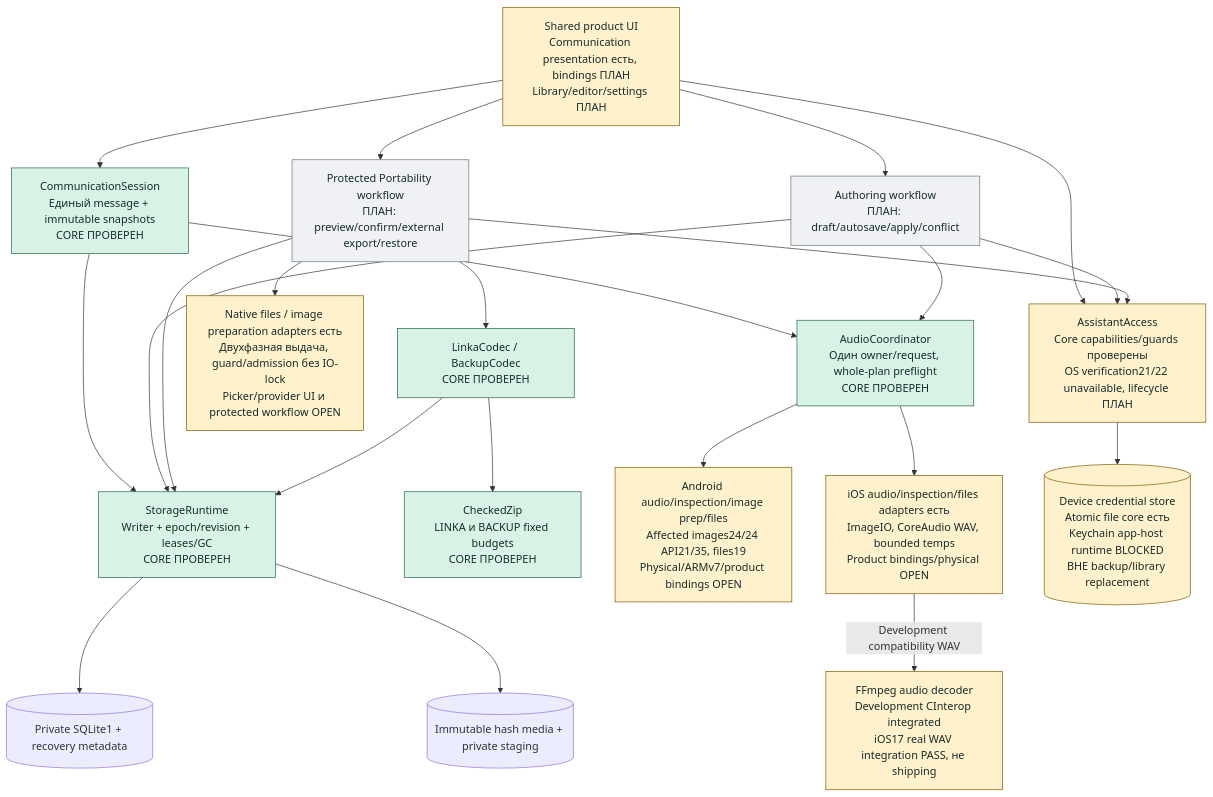
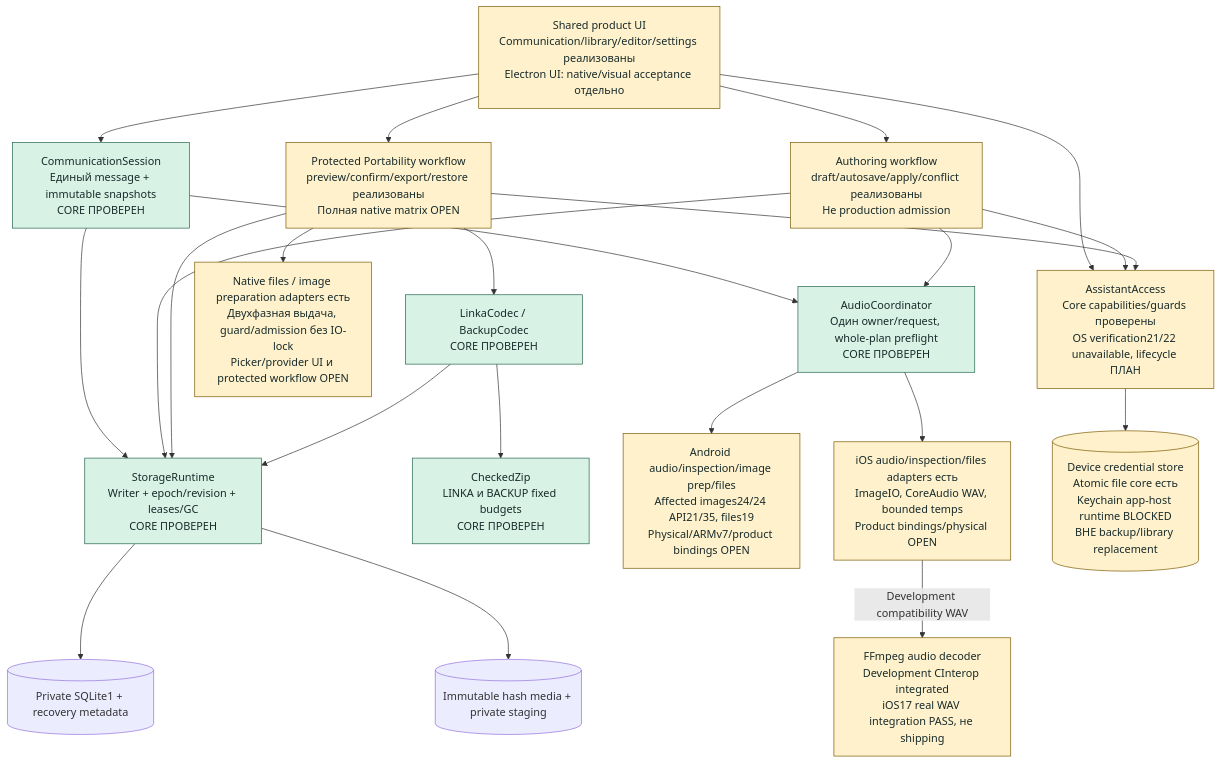
One commit to linkasu/linka.pictures-android changed the third of 7 diagrams in docs/c4/04-c4.md. Above: the diagram before and after it, drawn with Mermaid. The commit also changed other lines of this file and 4 other files, not shown here.

````diff
--- a/docs/c4/04-c4.md
+++ b/docs/c4/04-c4.md
@@ -101,46 +101,45 @@
 ```mermaid
 flowchart TB
-    UI["Shared product UI<br/>Communication presentation есть, bindings ПЛАН<br/>Library/editor/settings ПЛАН"]
+    UI["Shared product UI<br/>Communication/library/editor/settings реализованы<br/>Electron UI: native/visual acceptance отдельно"]
     COM["CommunicationSession<br/>Единый message + immutable snapshots<br/>CORE ПРОВЕРЕН"]
-    ED["Authoring workflow<br/>ПЛАН: draft/autosave/apply/conflict"]
-    WF["Protected Portability workflow<br/>ПЛАН: preview/confirm/external export/restore"]
+    ED["Authoring workflow<br/>draft/autosave/apply/conflict реализованы<br/>Не production admission"]
+    WF["Protected Portability workflow<br/>preview/confirm/export/restore реализованы<br/>Полная native matrix OPEN"]
     AUTH["AssistantAccess<br/>Core capabilities/guards проверены<br/>OS verification21/22 unavailable, lifecycle ПЛАН"]
     ST["StorageRuntime<br/>Writer + epoch/revision + leases/GC<br/>CORE ПРОВЕРЕН"]
     CODEC["LinkaCodec / BackupCodec<br/>CORE ПРОВЕРЕН"]
     ZIP["CheckedZip<br/>LINKA и BACKUP fixed budgets<br/>CORE ПРОВЕРЕН"]
     AUD["AudioCoordinator<br/>Один owner/request, whole-plan preflight<br/>CORE ПРОВЕРЕН"]
     AND["Android audio/inspection/image prep/files<br/>Affected images24/24 API21/35, files19<br/>Physical/ARMv7/product bindings OPEN"]
     IOS["iOS audio/inspection/files adapters есть<br/>ImageIO, CoreAudio WAV, bounded temps<br/>Product bindings/physical OPEN"]
     FF["FFmpeg audio decoder<br/>Development CInterop integrated<br/>iOS17 real WAV integration PASS, не shipping"]
     FILES["Native files / image preparation adapters есть<br/>Двухфазная выдача, guard/admission без IO-lock<br/>Picker/provider UI и protected workflow OPEN"]
     DB[("Private SQLite1 + recovery metadata")]
     MEDIA[("Immutable hash media + private staging")]
     SECRETS[("Device credential store<br/>Atomic file core есть<br/>Keychain app-host runtime BLOCKED<br/>ВНЕ backup/library replacement")]
     UI --> COM
     UI --> ED
     UI --> WF
     UI --> AUTH
     COM --> ST
     COM --> AUD
     ED --> AUTH
     ED --> ST
     ED --> AUD
     WF --> AUTH
     WF --> CODEC
     WF --> ST
     WF --> FILES
     CODEC --> ZIP
     CODEC --> ST
     ST --> DB
     ST --> MEDIA
     AUD --> AND
     AUD --> IOS
     IOS -->|"Development compatibility WAV"| FF
     AUTH --> SECRETS
     classDef done fill:#D9F2E6,stroke:#23634B,color:#172B2B
     classDef partial fill:#FFF1CC,stroke:#7A5900,color:#172B2B
     classDef planned fill:#EFF1F4,stroke:#66757A,color:#172B2B
     class COM,ST,CODEC,ZIP,AUD done
-    class AND,IOS,FILES,FF,UI,AUTH,SECRETS partial
-    class ED,WF planned
+    class AND,IOS,FILES,FF,UI,AUTH,SECRETS,ED,WF partial
 ```
````
